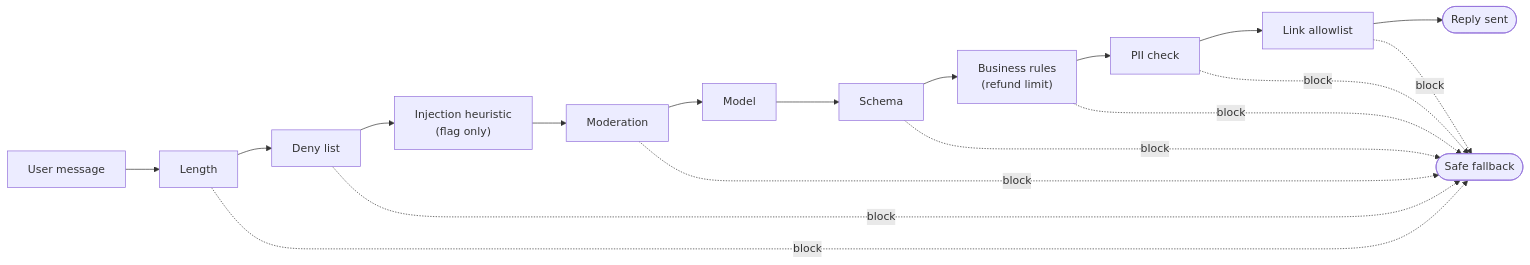
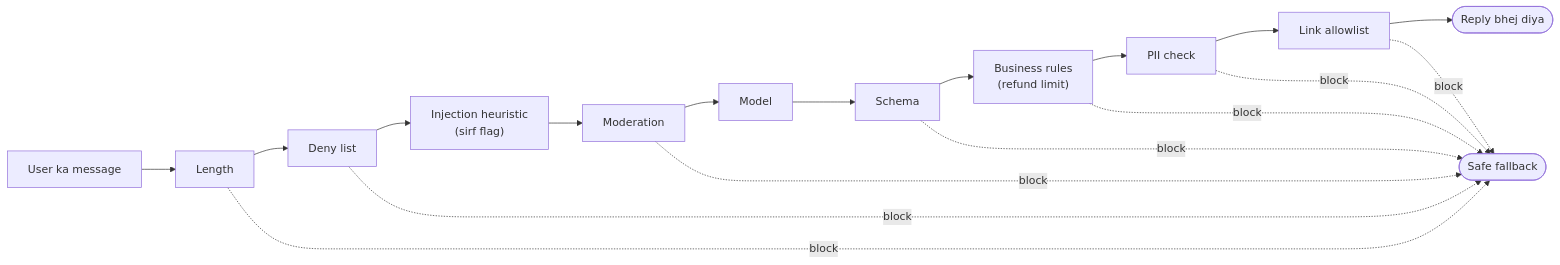
One commit to asmustechno/agentic-ai-notes changed the diagram in docs/13-safety-and-guardrails/13.4-input-and-output-guardrails.md. Above: the diagram before and after it, drawn with Mermaid. The commit also changed other lines of this file and 135 other files, not shown here.

````diff
--- a/docs/13-safety-and-guardrails/13.4-input-and-output-guardrails.md
+++ b/docs/13-safety-and-guardrails/13.4-input-and-output-guardrails.md
@@ -43,20 +43,20 @@
 ```mermaid
 flowchart LR
-    U["User message"] --> L["Length"]
+    U["User ka message"] --> L["Length"]
     L --> D["Deny list"]
-    D --> I["Injection heuristic<br/>(flag only)"]
+    D --> I["Injection heuristic<br/>(sirf flag)"]
     I --> MO["Moderation"]
     MO --> M["Model"]
     M --> S["Schema"]
     S --> B["Business rules<br/>(refund limit)"]
     B --> P["PII check"]
     P --> K["Link allowlist"]
-    K --> OK(["Reply sent"])
+    K --> OK(["Reply bhej diya"])
     L -.->|block| F(["Safe fallback"])
     D -.->|block| F
     MO -.->|block| F
     S -.->|block| F
     B -.->|block| F
     P -.->|block| F
     K -.->|block| F
 ```
````
